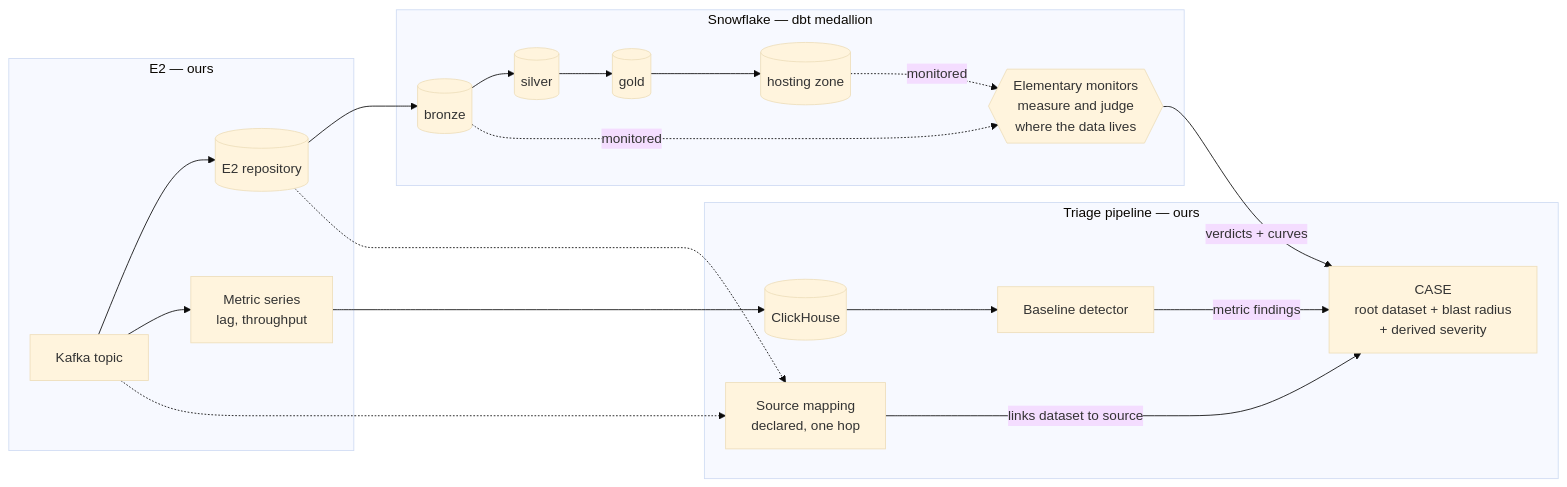
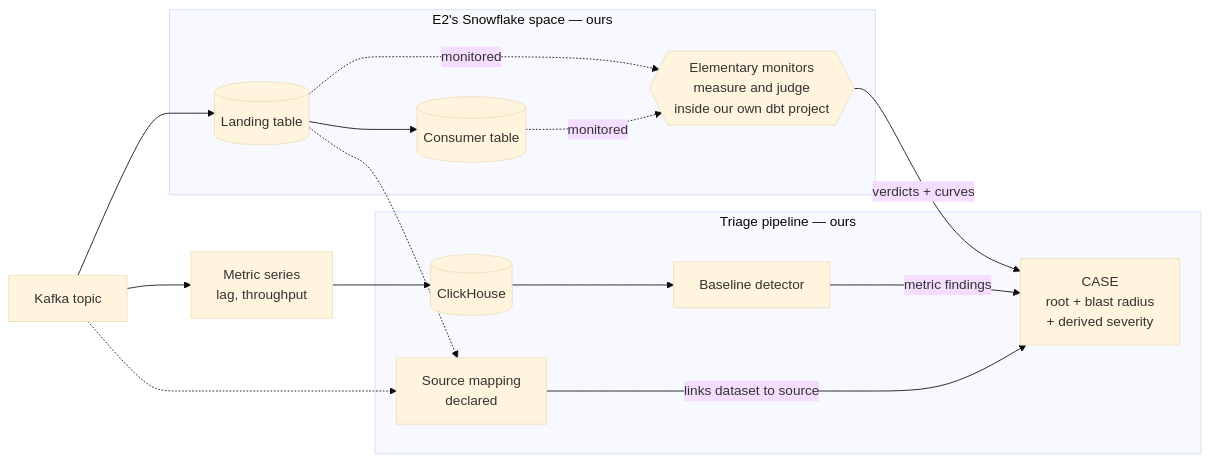
Before and after one commit to ssasvathan/aiops: the first of 2 diagrams in docs/proposal-dq-anomaly-detection-2026-09-22.md, drawn with Mermaid (base theme). The commit also changed other lines of this file and 1 other file, not shown here.

````diff
--- a/docs/proposal-dq-anomaly-detection-2026-09-22.md
+++ b/docs/proposal-dq-anomaly-detection-2026-09-22.md
@@ -35,36 +52,30 @@
 ```mermaid
 flowchart LR
-    subgraph E2P[E2 — ours]
-        T[Kafka topic]
-        R[(E2 repository)]
-        M[Metric series<br>lag, throughput]
-    end
+    T[Kafka topic]
 
-    subgraph SF[Snowflake — dbt medallion]
-        B[(bronze)]
-        S[(silver)]
-        G[(gold)]
-        H[(hosting zone)]
-        EL{{Elementary monitors<br>measure and judge<br>where the data lives}}
+    subgraph E2S[E2's Snowflake space — ours]
+        L[(Landing table)]
+        CT[(Consumer table)]
+        EL{{Elementary monitors<br>measure and judge<br>inside our own dbt project}}
     end
 
     subgraph TP[Triage pipeline — ours]
         CH[(ClickHouse)]
         D[Baseline detector]
-        SM[Source mapping<br>declared, one hop]
-        C[CASE<br>root dataset + blast radius<br>+ derived severity]
+        SM[Source mapping<br>declared]
+        C[CASE<br>root + blast radius<br>+ derived severity]
     end
 
-    T --> R --> B --> S --> G --> H
-    T --> M --> CH --> D
+    T --> L --> CT
+    T --> M[Metric series<br>lag, throughput] --> CH --> D
 
-    B -.monitored.-> EL
-    H -.monitored.-> EL
+    L -.monitored.-> EL
+    CT -.monitored.-> EL
 
     T -.-> SM
-    R -.-> SM
+    L -.-> SM
 
     EL -->|verdicts + curves| C
     D -->|metric findings| C
     SM -->|links dataset to source| C
 ```
````
